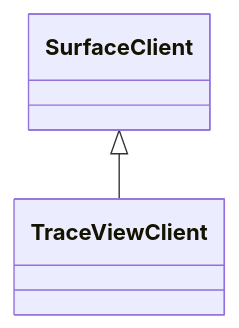
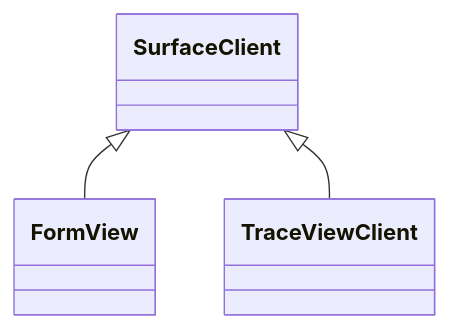
The diagram in doc/website/docs/api/viz/surface-client.mdx (mne-tools/mne-cpp), drawn with Mermaid before and after one commit. The commit also changed 30 other files, not shown here.

````diff
--- a/doc/website/docs/api/viz/surface-client.mdx
+++ b/doc/website/docs/api/viz/surface-client.mdx
@@ -22,5 +22,7 @@
 ```mermaid
 classDiagram
+    SurfaceClient <|-- FormView
+    click FormView href "../../viz/form-view/"
     SurfaceClient <|-- TraceViewClient
     click TraceViewClient href "../../viz/trace-view-client/"
 ```
````
